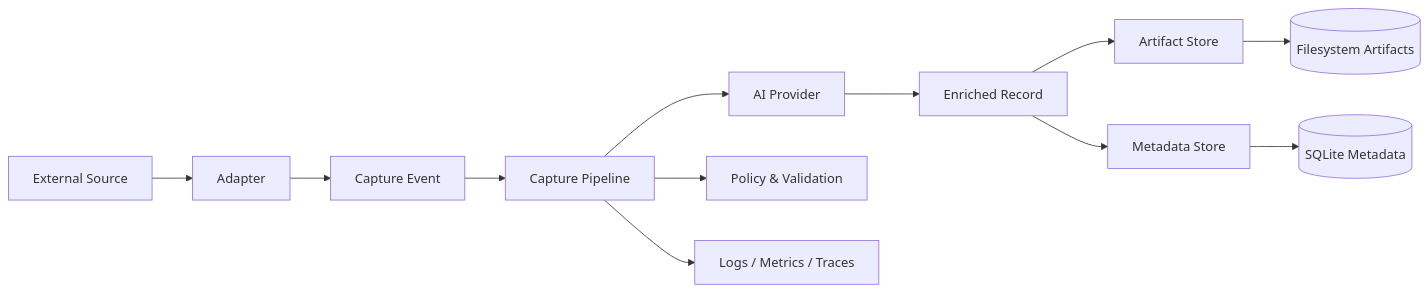
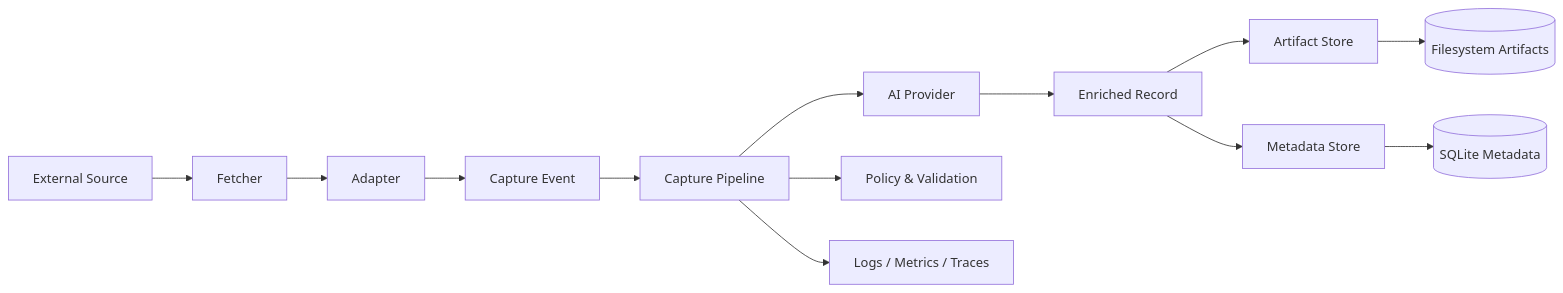
One commit to LoveOrange/shiyi changed the diagram in README.md. Above: the diagram before and after it, drawn with Mermaid. The commit also changed other lines of this file and 17 other files, not shown here.

````diff
--- a/README.md
+++ b/README.md
@@ -23,14 +24,15 @@
 ```mermaid
 flowchart LR
-  Source[External Source] --> Adapter[Adapter]
+  Source[External Source] --> Fetcher[Fetcher]
+  Fetcher --> Adapter[Adapter]
   Adapter --> CaptureEvent[Capture Event]
   CaptureEvent --> Pipeline[Capture Pipeline]
   Pipeline --> AI[AI Provider]
   AI --> Enriched[Enriched Record]
   Pipeline --> Policy[Policy & Validation]
   Enriched --> ArtifactStore[Artifact Store]
   Enriched --> MetadataStore[Metadata Store]
   ArtifactStore --> FS[(Filesystem Artifacts)]
   MetadataStore --> SQLite[(SQLite Metadata)]
   Pipeline --> Telemetry[Logs / Metrics / Traces]
 ```
````
